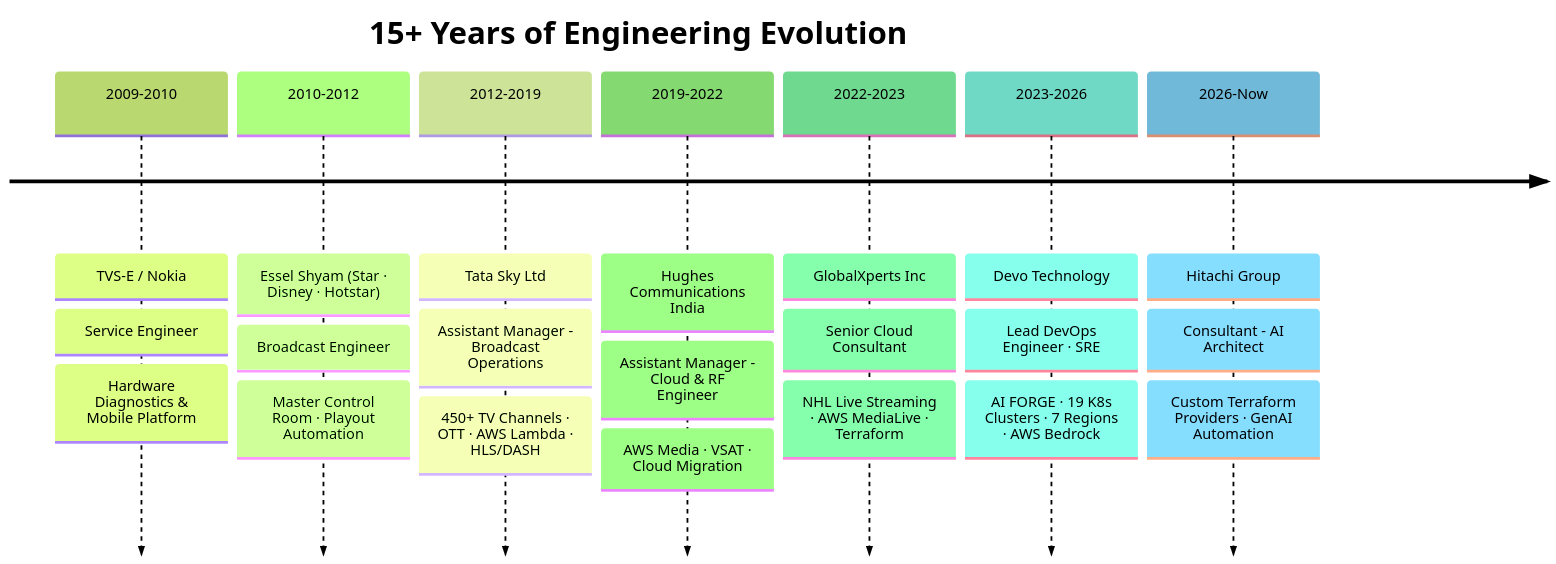
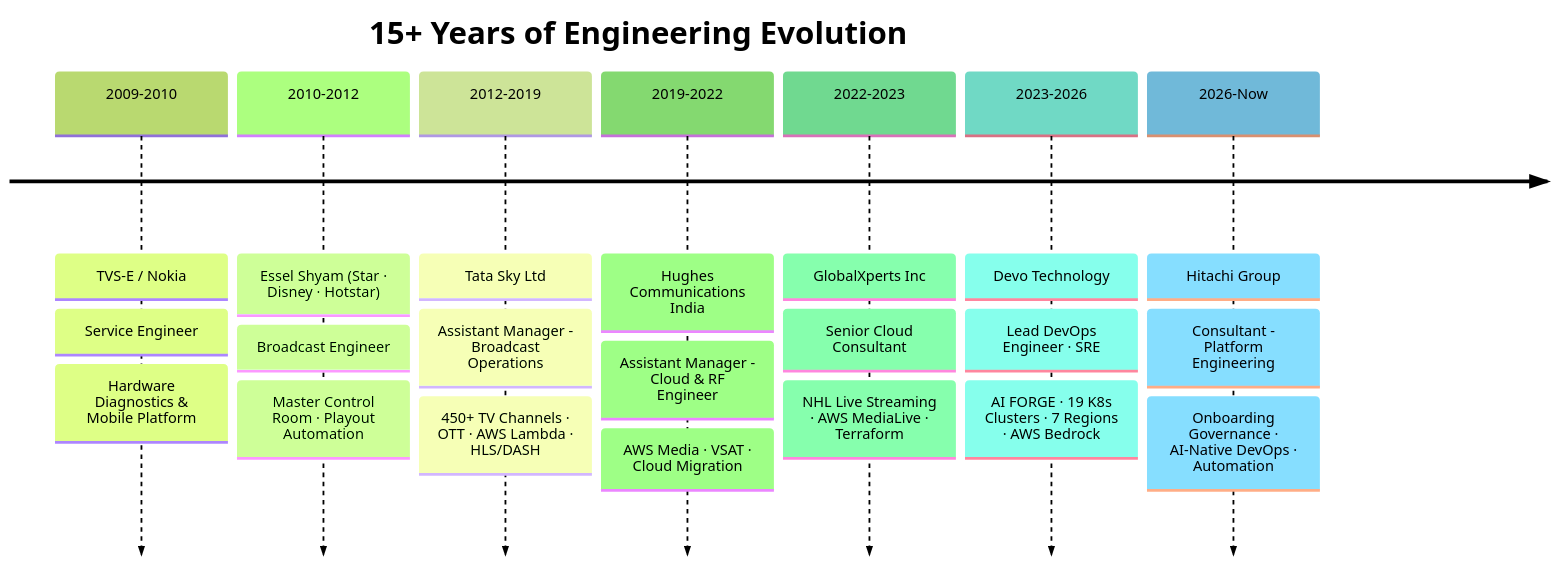
Before and after one commit to vikas0486/Vikash-Portfolio: the first of 10 diagrams in resume/resume.md, drawn with Mermaid (forest theme). The commit also changed other lines of this file and 11 other files, not shown here.

First line of the commit message:
Correct Hitachi role to Consultant – Platform Engineering, add Saturs project

````diff
--- a/resume/resume.md
+++ b/resume/resume.md
@@ -41,32 +41,32 @@
 ```mermaid
 timeline
     title 15+ Years of Engineering Evolution
 
     2009-2010 : TVS-E / Nokia
               : Service Engineer
               : Hardware Diagnostics & Mobile Platform
 
     2010-2012 : Essel Shyam (Star · Disney · Hotstar)
               : Broadcast Engineer
               : Master Control Room · Playout Automation
 
     2012-2019 : Tata Sky Ltd
               : Assistant Manager - Broadcast Operations
               : 450+ TV Channels · OTT · AWS Lambda · HLS/DASH
 
     2019-2022 : Hughes Communications India
               : Assistant Manager - Cloud & RF Engineer
               : AWS Media · VSAT · Cloud Migration
 
     2022-2023 : GlobalXperts Inc
               : Senior Cloud Consultant
               : NHL Live Streaming · AWS MediaLive · Terraform
 
     2023-2026 : Devo Technology
               : Lead DevOps Engineer · SRE
               : AI FORGE · 19 K8s Clusters · 7 Regions · AWS Bedrock
 
     2026-Now  : Hitachi Group
-              : Consultant - AI Architect
-              : Custom Terraform Providers · GenAI Automation
+              : Consultant - Platform Engineering
+              : Onboarding Governance · AI-Native DevOps · Automation
 ```
````
